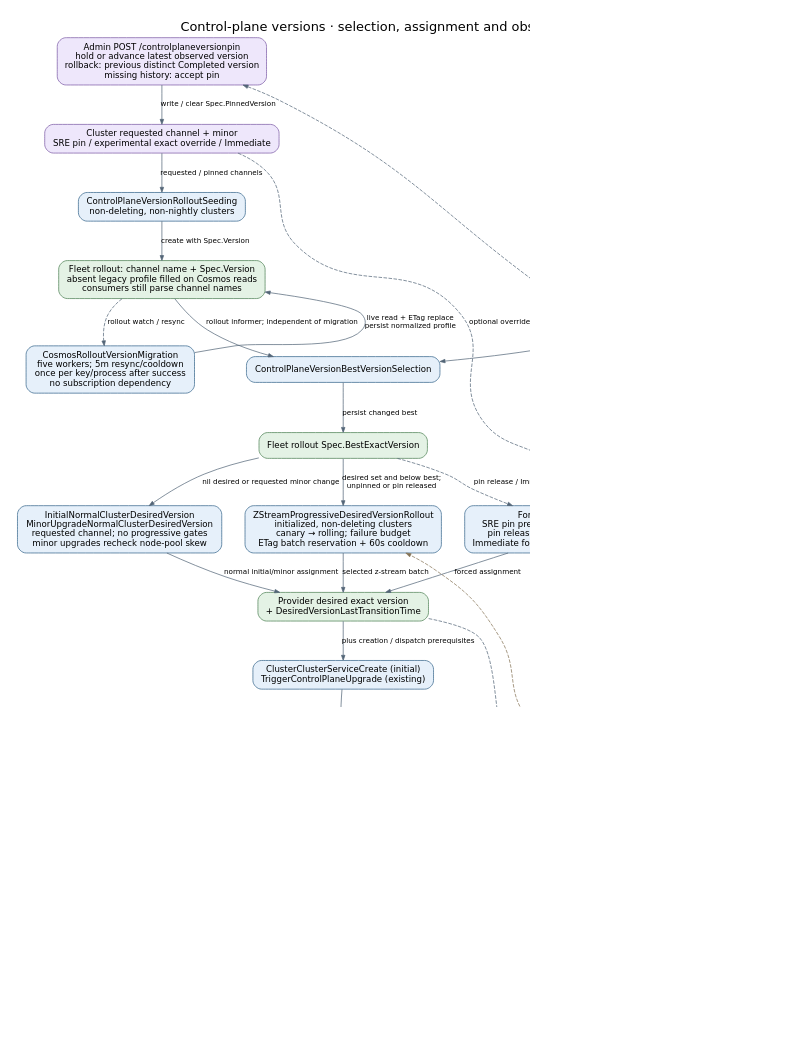
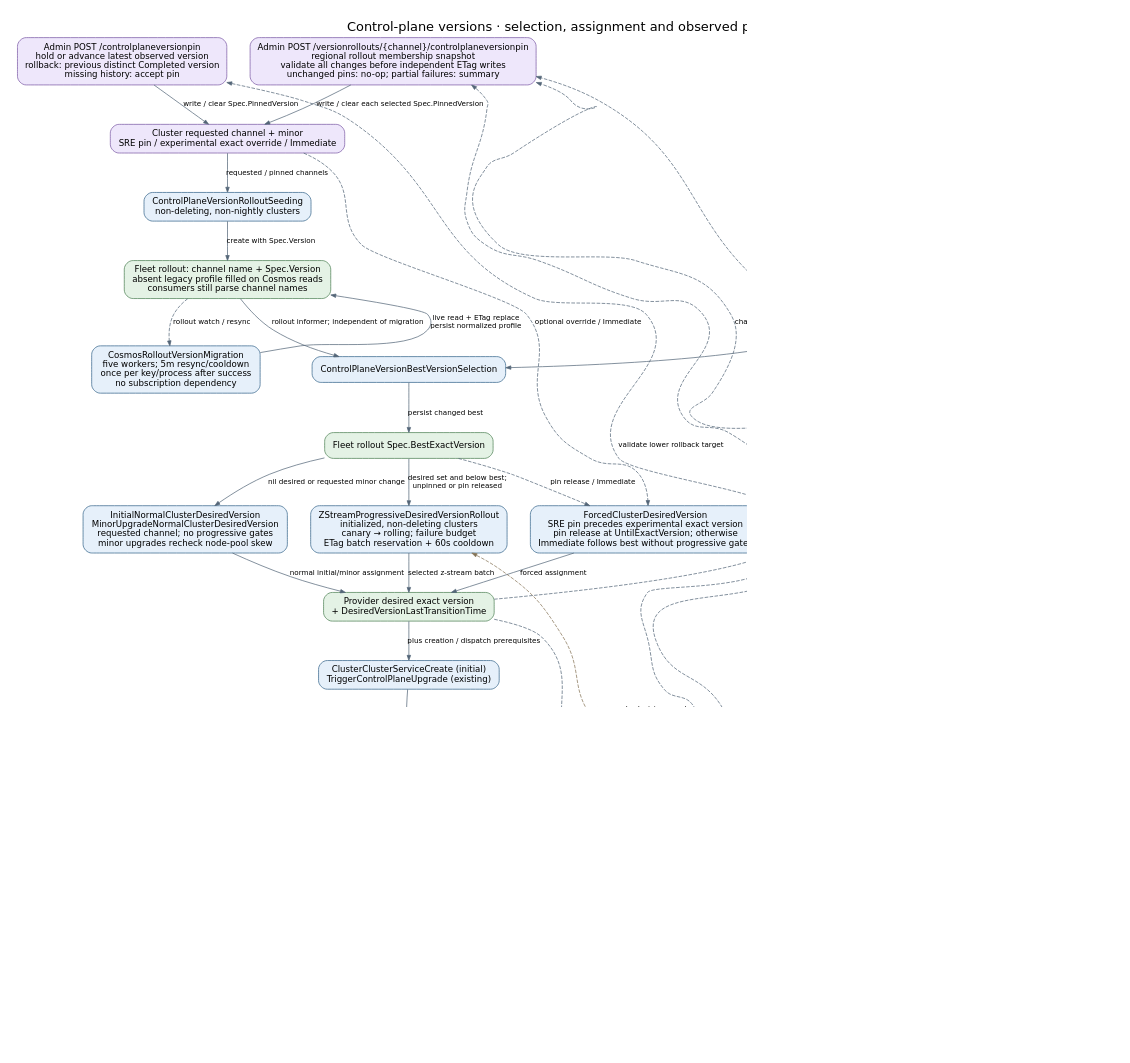
The diagram in docs/diagrams/controller-flows/control-plane-version-rollout.dot (Azure/ARO-HCP), drawn with Graphviz before and after one commit. The commit also changed 10 other files, not shown here.

Commit message:
feat: add fleet-wide version pin by y-stream channel (ARO-29825)

```diff
--- a/docs/diagrams/controller-flows/control-plane-version-rollout.dot
+++ b/docs/diagrams/controller-flows/control-plane-version-rollout.dot
@@ -1,49 +1,54 @@
 digraph control_plane_version_rollout {
   graph [rankdir=TB, bgcolor="white", pad="0.3", nodesep="0.45", ranksep="0.6", fontname="DejaVu Sans", fontsize=18, labelloc=t, label="Control-plane versions · selection, assignment and observed progress", dpi=110];
   node [shape=box, style="rounded,filled", fillcolor="#e6f0fa", color="#35648a", fontname="DejaVu Sans", fontsize=12, margin="0.16,0.10"];
   edge [color="#536577", fontname="DejaVu Sans", fontsize=10, arrowsize=0.7];
   request [label="Cluster requested channel + minor\nSRE pin / experimental exact override / Immediate", fillcolor="#eee7fb", color="#7b59a4"];
   pin [label="Admin POST /controlplaneversionpin\nhold or advance latest observed version\nrollback: previous distinct Completed version\nmissing history: accept pin", fillcolor="#eee7fb", color="#7b59a4"];
+  fleetpin [label="Admin POST /versionrollouts/{channel}/controlplaneversionpin\nregional rollout membership snapshot\nvalidate all changes before independent ETag writes\nunchanged pins: no-op; partial failures: summary", fillcolor="#eee7fb", color="#7b59a4"];
   actual [label="ActualHostedCluster controller\n→ provider Status.ActualHostedCluster\nfull observed control-plane history"];
   seed [label="ControlPlaneVersionRolloutSeeding\nnon-deleting, non-nightly clusters"];
   rollout [label="Fleet rollout: channel name + Spec.Version\nabsent legacy profile filled on Cosmos reads\nconsumers still parse channel names", fillcolor="#e4f2e5", color="#4c8053"];
   migration [label="CosmosRolloutVersionMigration\nfive workers; 5m resync/cooldown\nonce per key/process after success\nno subscription dependency"];
   best [label="ControlPlaneVersionBestVersionSelection"];
   updategraph [label="OpenShift update graph\nstable offset 1; other channels offset 0\nrecency only; risk filtering is a follow-up", fillcolor="#fff0da", color="#b27624"];
   target [label="Fleet rollout Spec.BestExactVersion", fillcolor="#e4f2e5", color="#4c8053"];
   initial [label="InitialNormalClusterDesiredVersion\nMinorUpgradeNormalClusterDesiredVersion\nrequested channel; no progressive gates\nminor upgrades recheck node-pool skew"];
   normal [label="ZStreamProgressiveDesiredVersionRollout\ninitialized, non-deleting clusters\ncanary → rolling; failure budget\nETag batch reservation + 60s cooldown"];
   forced [label="ForcedClusterDesiredVersion\nSRE pin precedes experimental exact version\npin release at UntilExactVersion; otherwise\nImmediate follows best without progressive gates"];
   desired [label="Provider desired exact version\n+ DesiredVersionLastTransitionTime", fillcolor="#e4f2e5", color="#4c8053"];
   dispatch [label="ClusterClusterServiceCreate (initial)\nTriggerControlPlaneUpgrade (existing)"];
   external [label="Cluster Service / Maestro / HyperShift\nexternal control-plane convergence", fillcolor="#fff0da", color="#b27624"];
   observe [label="ReadDesireKubernetesController\n→ ControlPlaneActiveVersions"];
   history [label="Provider active versions + transition times\nCompleted entry confirms achieved version", fillcolor="#e4f2e5", color="#4c8053"];
   status [label="ControlPlaneVersionStatusCollector\nexclude missing / deleting clusters\naggregate counts; no assignments"];
   counts [label="Fleet status: desired / mismatched / failed\nachieved / successful\nsuccess age > 1h; mismatch timeout > 2h default", fillcolor="#e4f2e5", color="#4c8053"];
   request -> seed [label="requested / pinned channels"];
   pin -> request [label="write / clear Spec.PinnedVersion"];
+  fleetpin -> request [label="write / clear each selected Spec.PinnedVersion"];
+  actual -> fleetpin [label="validate changed rollback pins", style=dashed, constraint=false];
+  desired -> fleetpin [label="channel membership", style=dashed, constraint=false];
+  history -> fleetpin [label="membership fallback only", style=dashed, constraint=false];
   seed -> rollout [label="create with Spec.Version"];
   rollout -> best [label="rollout informer; independent of migration"];
   rollout -> migration [label="rollout watch / resync", style=dashed];
   migration -> rollout [label="live read + ETag replace\npersist normalized profile", constraint=false];
   updategraph -> best [label="selectable version + configured floor"];
   best -> target [label="persist changed best"];
   target -> initial [label="nil desired or requested minor change"];
   target -> normal [label="desired set and below best;\nunpinned or pin released"];
   target -> forced [label="pin release / Immediate", style=dashed];
   request -> forced [label="optional override / Immediate", style=dashed, constraint=false];
   initial -> desired [label="normal initial/minor assignment"];
   normal -> desired [label="selected z-stream batch"];
   forced -> desired [label="forced assignment"];
   desired -> dispatch [label="plus creation / dispatch prerequisites"];
   dispatch -> external [label="POST cluster or submit upgrade policy"];
   external -> observe [label="mirrored HostedCluster history"];
   external -> actual [label="ReadDesire HostedCluster mirror", style=dashed];
   actual -> pin [label="validate lower rollback target", style=dashed, constraint=false];
   observe -> history [label="record observed state"];
   history -> status [label="completed version + age"];
   desired -> status [label="membership + target + age", style=dashed, constraint=false];
   status -> counts [label="persist only changed aggregates"];
   history -> normal [label="recompute decision counts\nfrom provider snapshot", style=dashed, color="#857456", constraint=false];
 }
```
